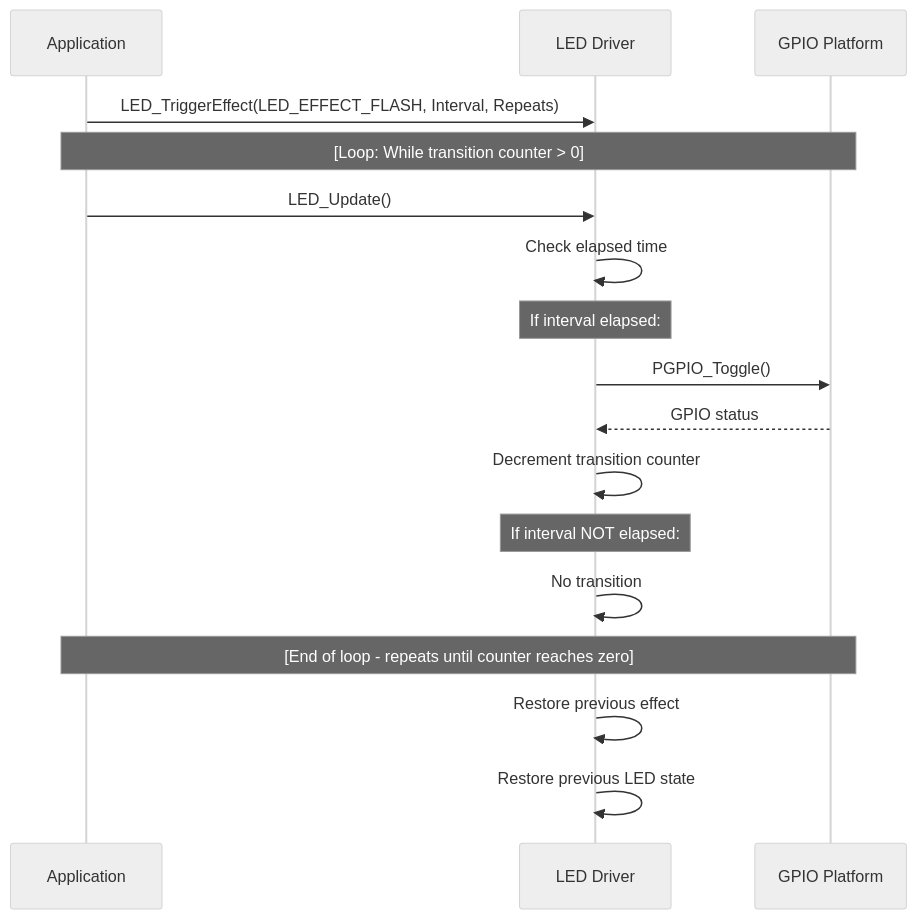
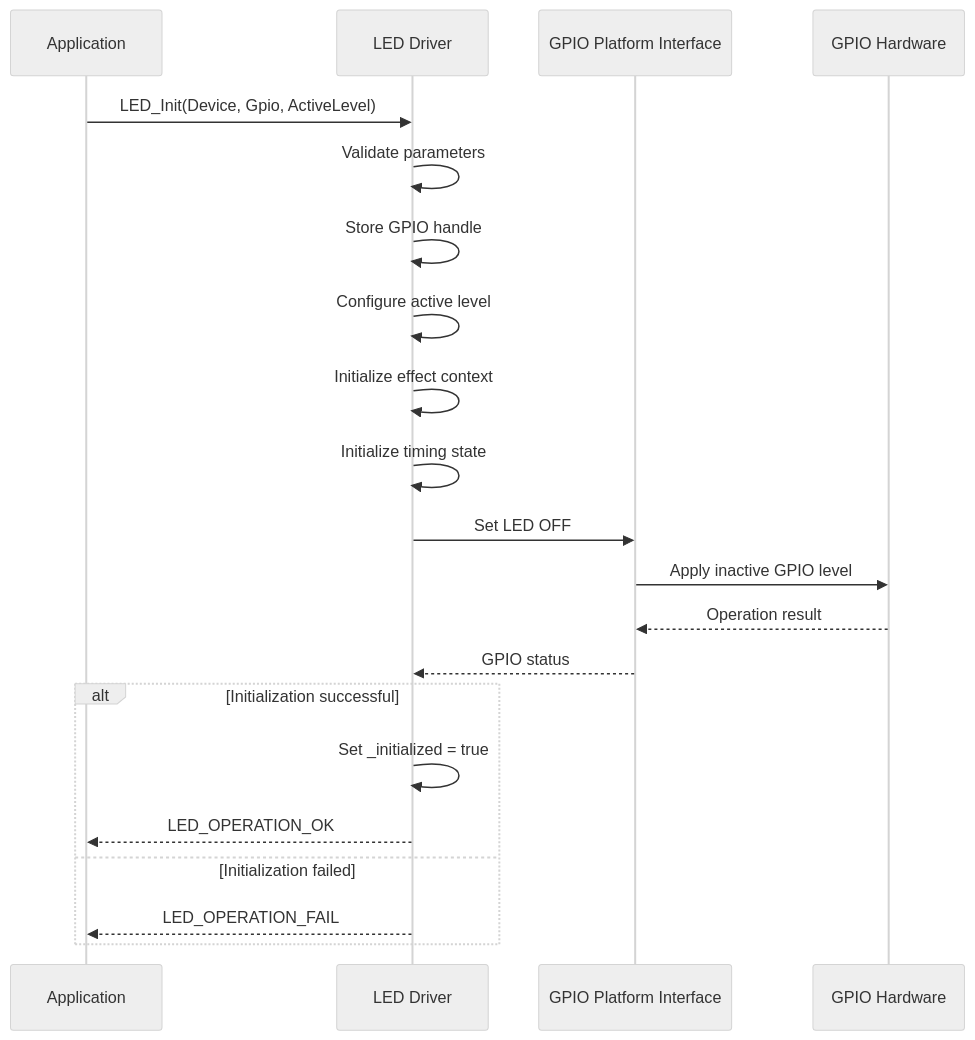
Before and after one commit to JP-REY/STM32F103C8T6-Based-Electronic-Lock: the second of 5 diagrams in Libs/Components/Led/README.md, drawn with Mermaid (neutral theme). The commit also changed other lines of this file and 4 other files, not shown here.

````diff
--- a/Libs/Components/Led/README.md
+++ b/Libs/Components/Led/README.md
@@ -293,26 +692,25 @@
 ```mermaid
 sequenceDiagram
     participant APP as Application
     participant LED as LED Driver
-    participant GPIO as GPIO Platform
+    participant GPIO as GPIO Platform Interface
+    participant HW as GPIO Hardware
 
-    APP->>LED: LED_TriggerEffect(LED_EFFECT_FLASH, Interval, Repeats)
+    APP->>LED: LED_Init(Device, Gpio, ActiveLevel)
+    LED->>LED: Validate parameters
+    LED->>LED: Store GPIO handle
+    LED->>LED: Configure active level
+    LED->>LED: Initialize effect context
+    LED->>LED: Initialize timing state
+    LED->>GPIO: Set LED OFF
+    GPIO->>HW: Apply inactive GPIO level
+    HW-->>GPIO: Operation result
+    GPIO-->>LED: GPIO status
 
-    Note over APP,GPIO: [Loop: While transition counter > 0]
-
-    APP->>LED: LED_Update()
-    LED->>LED: Check elapsed time
-
-    Note over LED: If interval elapsed:
-    LED->>GPIO: PGPIO_Toggle()
-    GPIO-->>LED: GPIO status
-    LED->>LED: Decrement transition counter
-
-    Note over LED: If interval NOT elapsed:
-    LED->>LED: No transition
-
-    Note over APP,GPIO: [End of loop - repeats until counter reaches zero]
-
-    LED->>LED: Restore previous effect
-    LED->>LED: Restore previous LED state
+    alt Initialization successful
+        LED->>LED: Set _initialized = true
+        LED-->>APP: LED_OPERATION_OK
+    else Initialization failed
+        LED-->>APP: LED_OPERATION_FAIL
+    end
 ```
````
